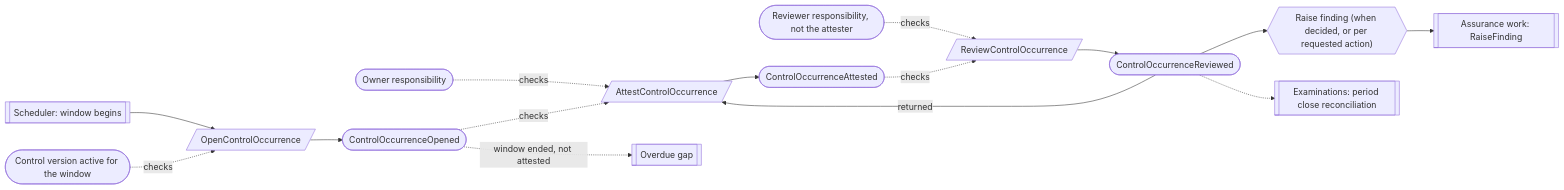
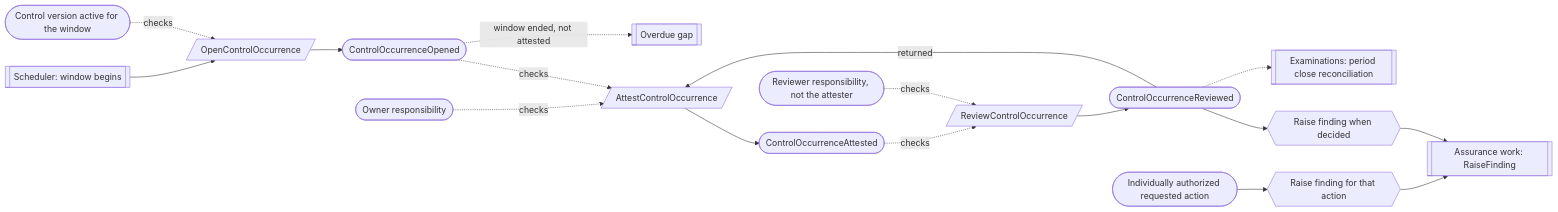
The sixth of 9 diagrams in docs/proposed/contexts/control-environment.md (bdgrz/compliance-core), drawn with Mermaid before and after one commit. The commit also changed other lines of this file and 1812 other files, not shown here.

````diff
--- a/docs/proposed/contexts/control-environment.md
+++ b/docs/proposed/contexts/control-environment.md
@@ -324,14 +538,15 @@
 ```mermaid
 flowchart LR
     S[[Scheduler: window begins]] --> C1[/OpenControlOccurrence/]
     V([Control version active for the window]) -. checks .-> C1
     C1 --> E1([ControlOccurrenceOpened])
     O([Owner responsibility]) -. checks .-> C2
     E1 -. checks .-> C2[/AttestControlOccurrence/] --> E2([ControlOccurrenceAttested])
     R([Reviewer responsibility, not the attester]) -. checks .-> C3
     E2 -. checks .-> C3[/ReviewControlOccurrence/] --> E3([ControlOccurrenceReviewed])
     E3 -->|"returned"| C2
-    E3 --> R1{{"Raise finding (when decided, or per requested action)"}} --> X1[[Assurance work: RaiseFinding]]
+    E3 --> R1{{"Raise finding when decided"}} --> X1[[Assurance work: RaiseFinding]]
+    A([Individually authorized requested action]) --> R2{{"Raise finding for that action"}} --> X1
     E1 -. "window ended, not attested" .-> G1[[Overdue gap]]
     E3 -.-> X2[[Examinations: period close reconciliation]]
 ```
````
